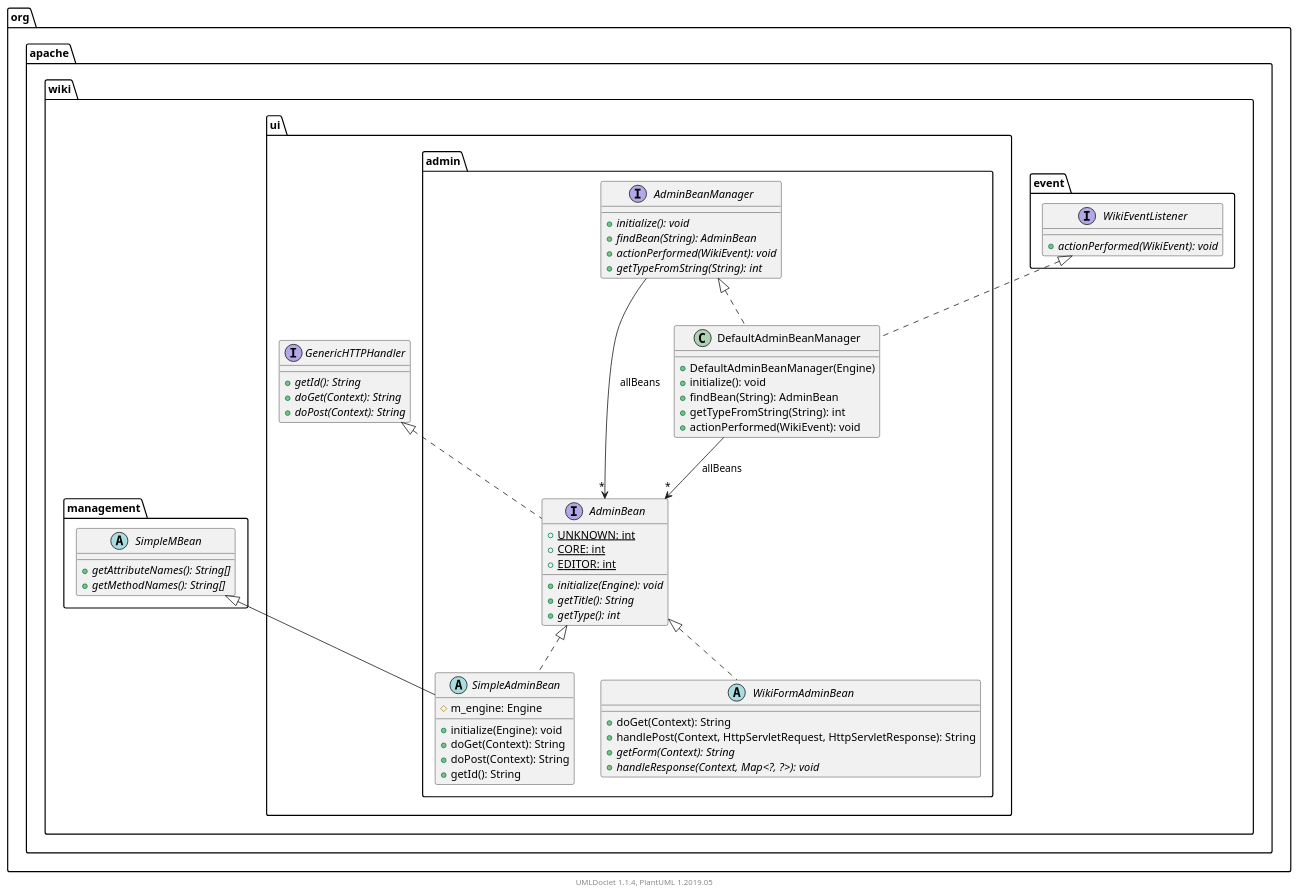
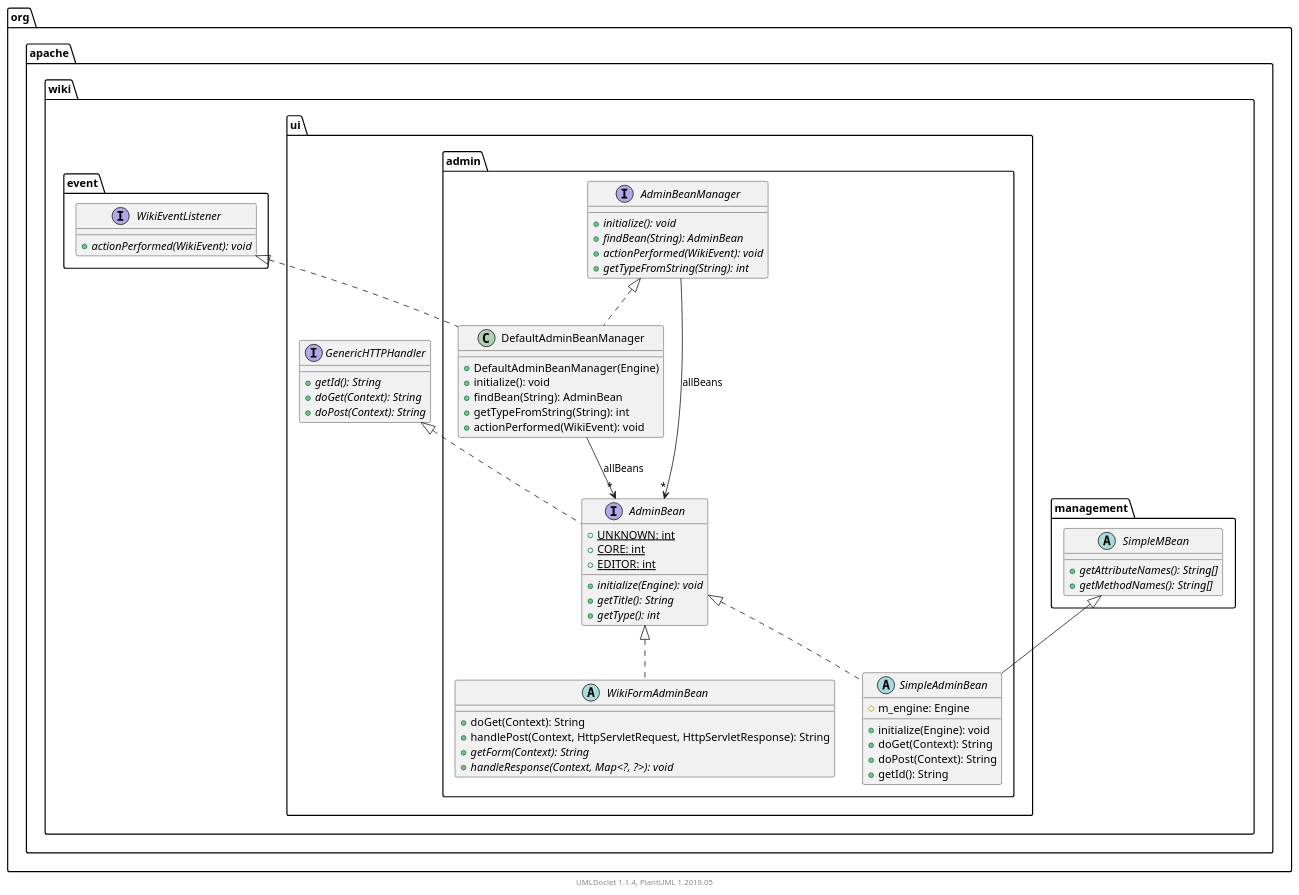
One commit to apache/jspwiki-site changed the diagram in apidocs/2.11.0.M7-SNAPSHOT/org/apache/wiki/ui/admin/package.puml. Above: the diagram before and after it, drawn with PlantUML. The commit also changed other lines of this file and 1816 other files, not shown here.

```diff
--- a/apidocs/2.11.0.M7-SNAPSHOT/org/apache/wiki/ui/admin/package.puml
+++ b/apidocs/2.11.0.M7-SNAPSHOT/org/apache/wiki/ui/admin/package.puml
@@ -1,76 +1,76 @@
 @startuml
 
     namespace org.apache.wiki.ui.admin {
-
-        interface AdminBeanManager [[AdminBeanManager.html]] {
-            {abstract} +initialize(): void
-            {abstract} +findBean(String): AdminBean
-            {abstract} +actionPerformed(WikiEvent): void
-            {abstract} +getTypeFromString(String): int
-        }
 
         interface AdminBean [[AdminBean.html]] {
             {static} +UNKNOWN: int
             {static} +CORE: int
             {static} +EDITOR: int
             {abstract} +initialize(Engine): void
             {abstract} +getTitle(): String
             {abstract} +getType(): int
         }
 
         abstract class WikiFormAdminBean [[WikiFormAdminBean.html]] {
             +doGet(Context): String
             +handlePost(Context, HttpServletRequest, HttpServletResponse): String
             {abstract} +getForm(Context): String
             {abstract} +handleResponse(Context, Map<?, ?>): void
         }
 
+        abstract class SimpleAdminBean [[SimpleAdminBean.html]] {
+            #m_engine: Engine
+            +initialize(Engine): void
+            +doGet(Context): String
+            +doPost(Context): String
+            +getId(): String
+        }
+
+        interface AdminBeanManager [[AdminBeanManager.html]] {
+            {abstract} +initialize(): void
+            {abstract} +findBean(String): AdminBean
+            {abstract} +actionPerformed(WikiEvent): void
+            {abstract} +getTypeFromString(String): int
+        }
+
         class DefaultAdminBeanManager [[DefaultAdminBeanManager.html]] {
             +DefaultAdminBeanManager(Engine)
             +initialize(): void
             +findBean(String): AdminBean
             +getTypeFromString(String): int
             +actionPerformed(WikiEvent): void
-        }
-
-        abstract class SimpleAdminBean [[SimpleAdminBean.html]] {
-            #m_engine: Engine
-            +initialize(Engine): void
-            +doGet(Context): String
-            +doPost(Context): String
-            +getId(): String
         }
 
         interface org.apache.wiki.ui.GenericHTTPHandler {
             {abstract} +getId(): String
             {abstract} +doGet(Context): String
             {abstract} +doPost(Context): String
         }
         org.apache.wiki.ui.GenericHTTPHandler <|.. AdminBean
 
         AdminBean <|.. WikiFormAdminBean
 
-        interface org.apache.wiki.event.WikiEventListener {
-            {abstract} +actionPerformed(WikiEvent): void
-        }
-        org.apache.wiki.event.WikiEventListener <|.. DefaultAdminBeanManager
-
-        AdminBeanManager <|.. DefaultAdminBeanManager
-
         abstract class org.apache.wiki.management.SimpleMBean {
             {abstract} +getAttributeNames(): String[]
             {abstract} +getMethodNames(): String[]
         }
         org.apache.wiki.management.SimpleMBean <|-- SimpleAdminBean
 
         AdminBean <|.. SimpleAdminBean
+
+        interface org.apache.wiki.event.WikiEventListener {
+            {abstract} +actionPerformed(WikiEvent): void
+        }
+        org.apache.wiki.event.WikiEventListener <|.. DefaultAdminBeanManager
+
+        AdminBeanManager <|.. DefaultAdminBeanManager
 
         AdminBeanManager --> "*" AdminBean: allBeans
 
         DefaultAdminBeanManager --> "*" AdminBean: allBeans
 
     }
 
 
     center footer UMLDoclet 1.1.4, PlantUML 1.2019.05
 @enduml
```
